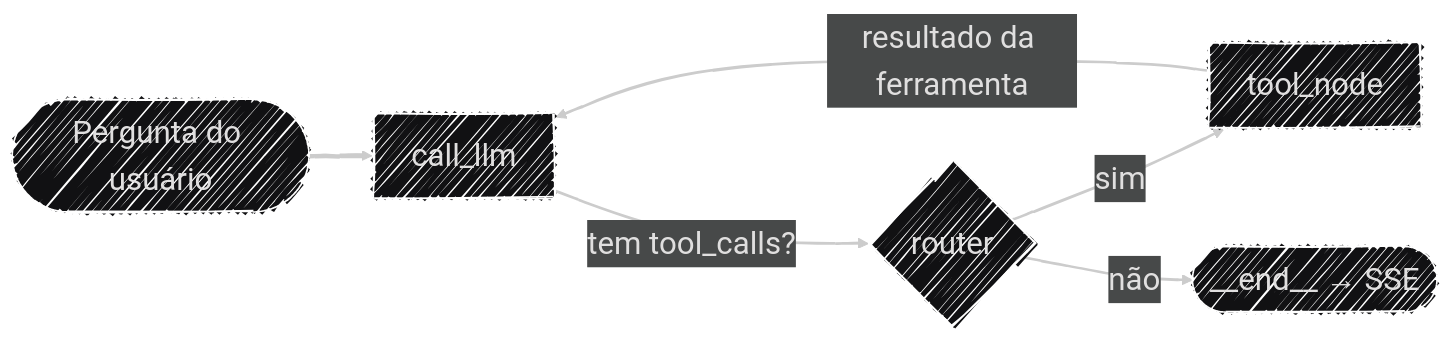
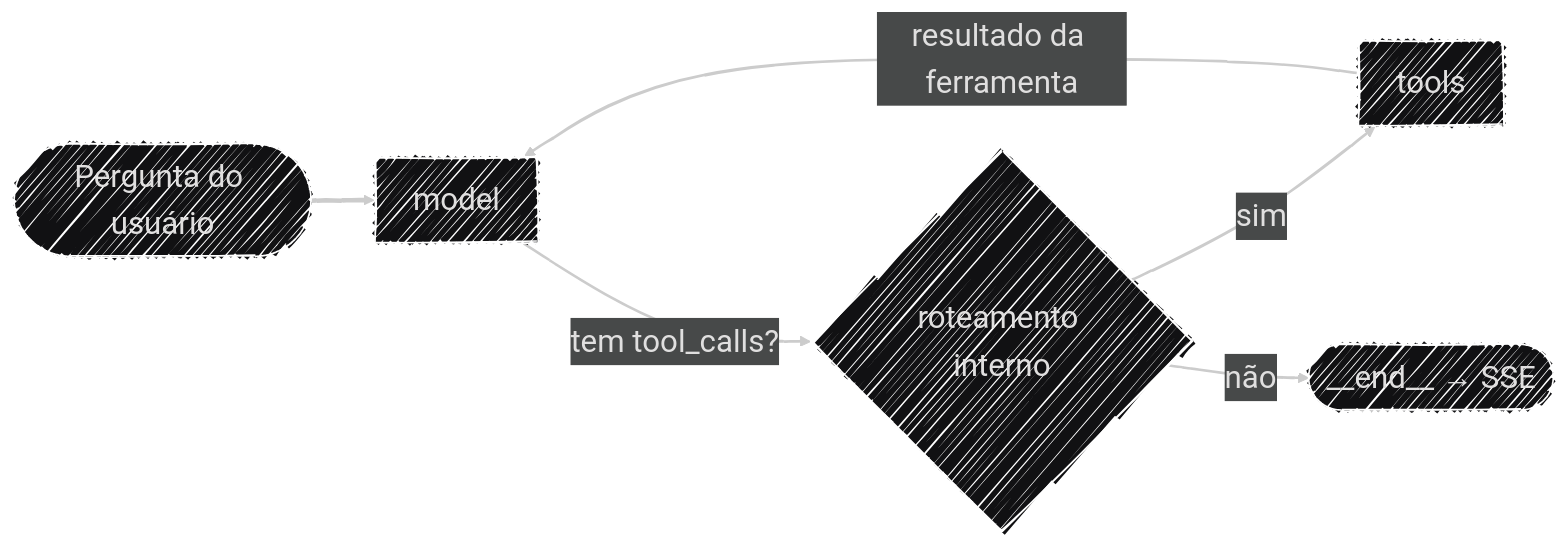
One commit to Moreira-89/auditor-cidadao changed the diagram in docs/arquitetura/visao_geral.md. Above: the diagram before and after it, drawn with Mermaid. The commit also changed other lines of this file and 15 other files, not shown here.

````diff
--- a/docs/arquitetura/visao_geral.md
+++ b/docs/arquitetura/visao_geral.md
@@ -21,18 +23,18 @@
 ```mermaid
 ---
 config:
   layout: dagre
   theme: redux-dark
   look: handDrawn
   fontFamily: '''Source Code Pro Variable'', monospace'
   themeVariables:
     fontFamily: '''Source Code Pro Variable'', monospace'
     fontSize: 25px
 ---
 flowchart LR
-    ENTRADA(["Pergunta do usuário"]) ==> LLM["call_llm"]
-    LLM -- tem tool_calls? --> ROUTER{"router"}
-    ROUTER -- sim --> TOOLS["tool_node"]
+    ENTRADA(["Pergunta do usuário"]) ==> LLM["model"]
+    LLM -- tem tool_calls? --> ROUTER{"roteamento interno"}
+    ROUTER -- sim --> TOOLS["tools"]
     ROUTER -- não --> FIM(["__end__ → SSE"])
     TOOLS -- resultado da ferramenta --> LLM
 ```
````
